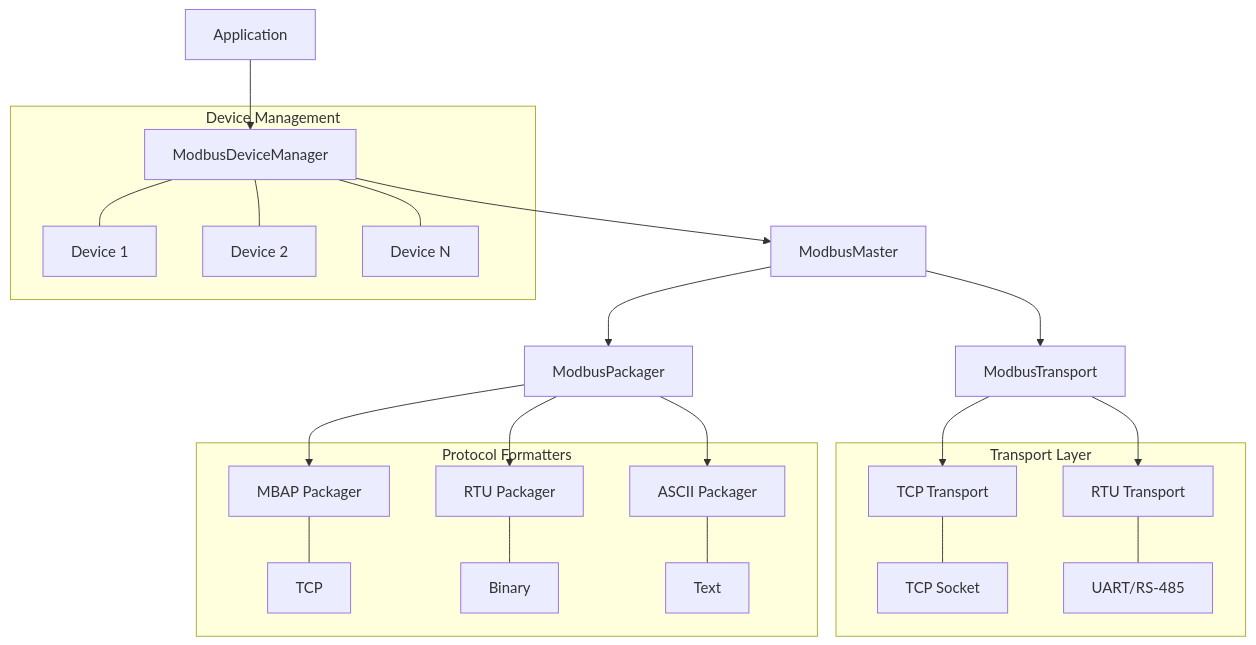
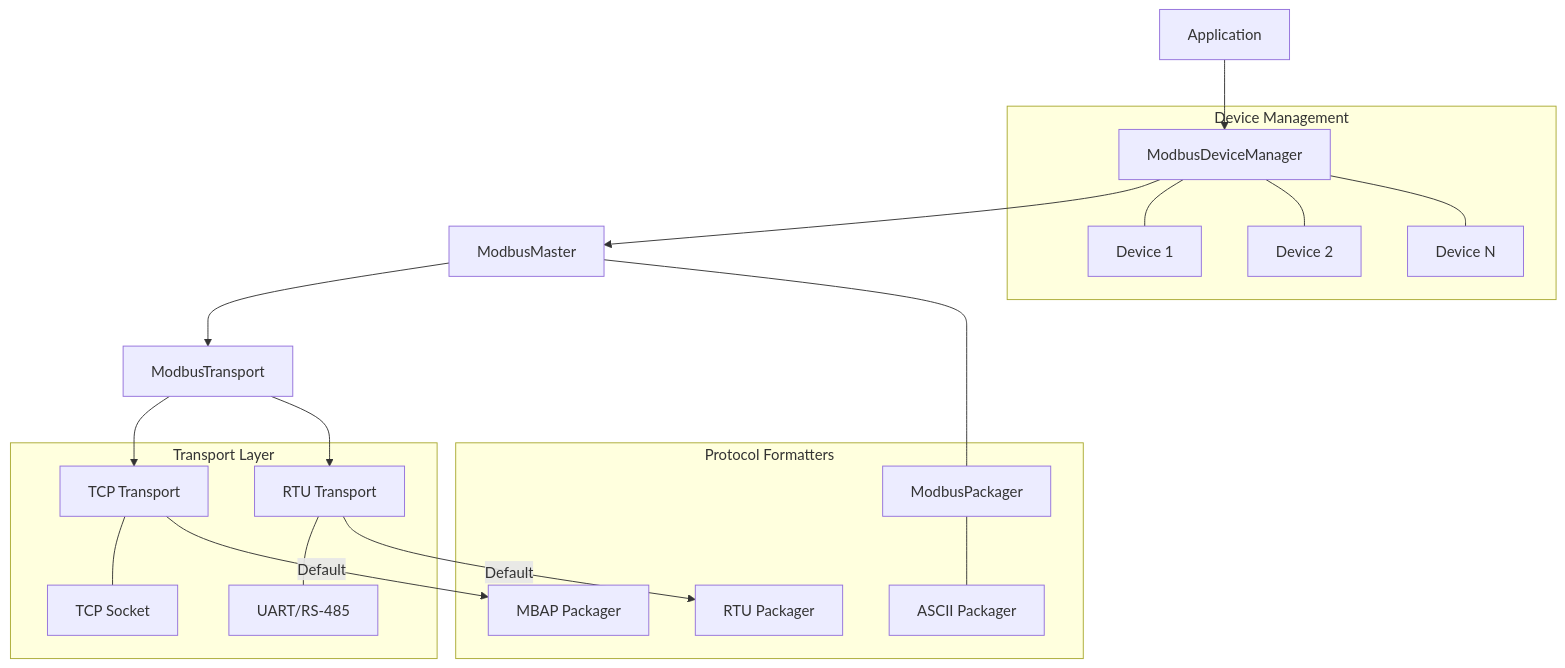
One commit to Speed-ESP/speed-framework changed the first of 2 diagrams in docs/modbus/README.md. Above: the diagram before and after it, drawn with Mermaid. The commit also changed other lines of this file and 5 other files, not shown here.

````diff
--- a/docs/modbus/README.md
+++ b/docs/modbus/README.md
@@ -7,29 +7,26 @@
 ```mermaid
 graph TD
     A[Application] --> B[ModbusDeviceManager]
     B --> C[ModbusMaster]
     C --> D[ModbusTransport]
-    C --> P[ModbusPackager]
+    C --- P[ModbusPackager]
     D --> E[TCP Transport]
     D --> F[RTU Transport]
-    P --> M[MBAP Packager]
-    P --> R[RTU Packager] 
-    P --> S[ASCII Packager]
     
     subgraph "Device Management"
         B --- G[Device 1]
         B --- H[Device 2]
         B --- I[Device N]
     end
     
     subgraph "Transport Layer"
         E --- J[TCP Socket]
         F --- K[UART/RS-485]
     end
     
     subgraph "Protocol Formatters"
-        M --- TCP
-        R --- Binary
-        S --- Text
+        E -->|Default| M[MBAP Packager]
+        F -->|Default| R[RTU Packager] 
+        P --- S[ASCII Packager]
     end
 ```
````
